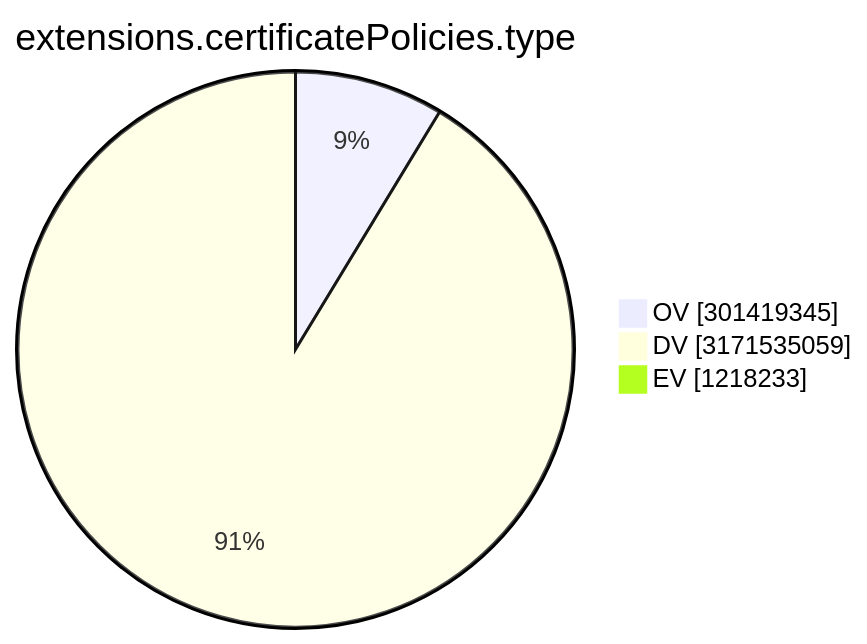
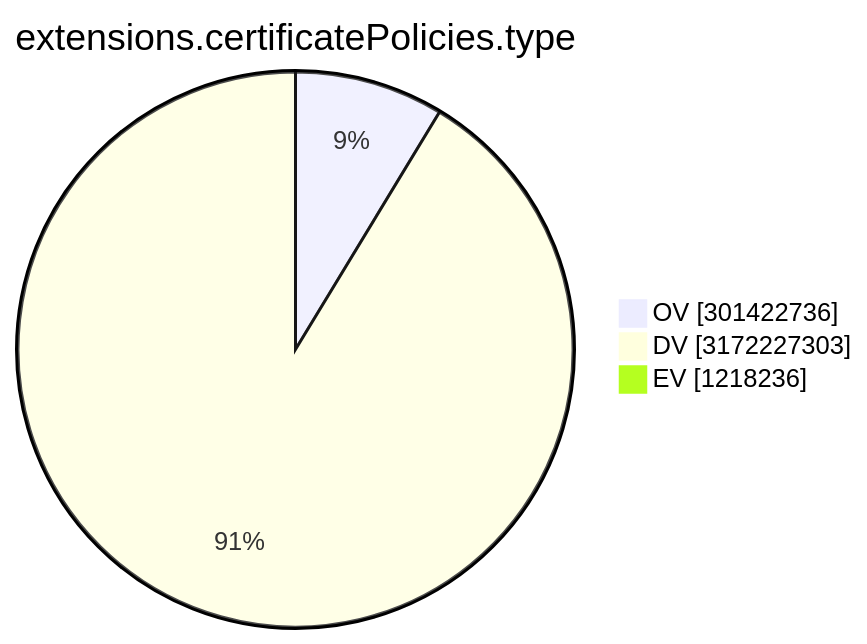
One commit to christiankrug/ctmonitor_visualization changed the ninth of 15 diagrams in TOTAL/README.md. Above: the diagram before and after it, drawn with Mermaid. The commit also changed other lines of this file, not shown here.

````diff
--- a/TOTAL/README.md
+++ b/TOTAL/README.md
@@ -3105,7 +3105,7 @@
 ```mermaid
 pie showData
 title extensions.certificatePolicies.type
-"OV" :301419345
-"DV" :3171535059
-"EV" :1218233
+"OV" :301422736
+"DV" :3172227303
+"EV" :1218236
 ```
````
